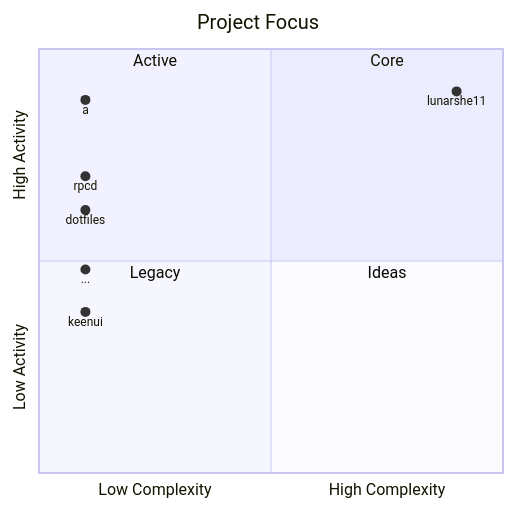
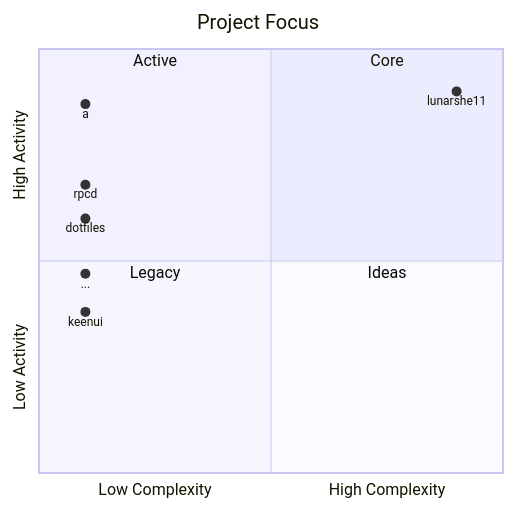
One commit to lunarshe11/lunarshe11 changed the first of 3 diagrams in README.md. Above: the diagram before and after it, drawn with Mermaid. The commit also changed other lines of this file, not shown here.

Commit message:
auto: update log activity 2026-10-28 10:05:07

````diff
--- a/README.md
+++ b/README.md
@@ -13,16 +13,16 @@
 ```mermaid
 quadrantChart
     title Project Focus
     x-axis Low Complexity --> High Complexity
     y-axis Low Activity --> High Activity
     quadrant-1 Core
     quadrant-2 Active
     quadrant-3 Legacy
     quadrant-4 Ideas
     lunarshe11: [0.9, 0.9]
-    a: [0.1, 0.88]
-    rpcd: [0.1, 0.7]
-    dotfiles: [0.1, 0.62]
-    ...: [0.1, 0.48]
+    a: [0.1, 0.87]
+    rpcd: [0.1, 0.68]
+    dotfiles: [0.1, 0.6]
+    ...: [0.1, 0.47]
     keenui: [0.1, 0.38]
 ```
````
